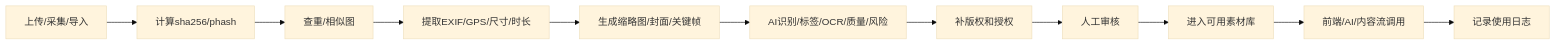
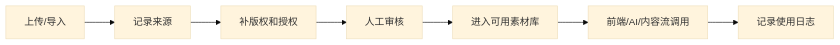
The third of 5 diagrams in docs/02_开发规划/星河寻境一期后台Yudao架构规划.md (chaoliuhihi-web/xunjing), drawn with Mermaid (base theme) before and after one commit. The commit also changed other lines of this file and 4 other files, not shown here.

````diff
--- a/docs/02_开发规划/星河寻境一期后台Yudao架构规划.md
+++ b/docs/02_开发规划/星河寻境一期后台Yudao架构规划.md
@@ -537,13 +681,9 @@
 ```mermaid
 flowchart LR
-  Upload["上传/采集/导入"] --> Hash["计算sha256/phash"]
-  Hash --> Dedup["查重/相似图"]
-  Dedup --> Metadata["提取EXIF/GPS/尺寸/时长"]
-  Metadata --> Derive["生成缩略图/封面/关键帧"]
-  Derive --> AI["AI识别/标签/OCR/质量/风险"]
-  AI --> Rights["补版权和授权"]
+  Upload["上传/导入"] --> Source["记录来源"]
+  Source --> Rights["补版权和授权"]
   Rights --> Review["人工审核"]
   Review --> Publish["进入可用素材库"]
   Publish --> Use["前端/AI/内容流调用"]
   Use --> Log["记录使用日志"]
 ```
````
